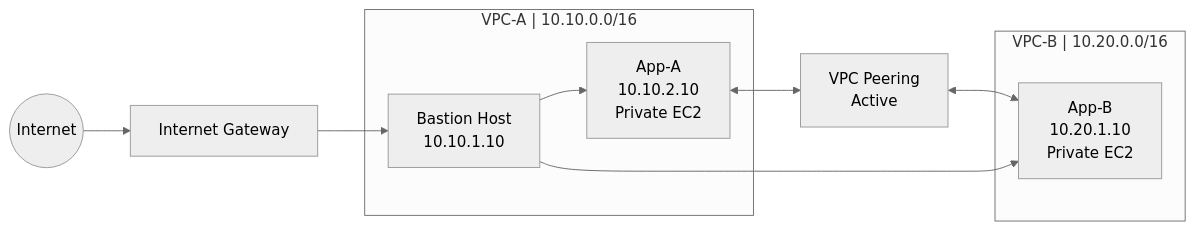
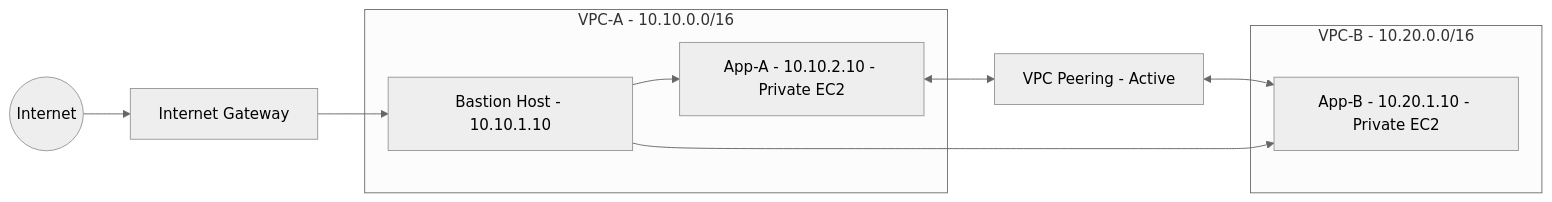
Before and after one commit to PiyushSingh005-AMM/aws-vpc-peering-project: the diagram in README.md, drawn with Mermaid (neutral theme). The commit also changed other lines of this file, not shown here.

First line of the commit message:
Update README documentation and architecture diagram

````diff
--- a/README.md
+++ b/README.md
@@ -14,19 +14,19 @@
 ```mermaid
 flowchart LR
     Internet((Internet)) --> IGW[Internet Gateway]
-    IGW --> Bastion["Bastion Host<br/>10.10.1.10"]
+    IGW --> Bastion["Bastion Host - 10.10.1.10"]
 
-    subgraph VPC_A["VPC-A | 10.10.0.0/16"]
+    subgraph VPC_A["VPC-A - 10.10.0.0/16"]
         Bastion
-        AppA["App-A<br/>10.10.2.10<br/>Private EC2"]
+        AppA["App-A - 10.10.2.10 - Private EC2"]
     end
 
-    subgraph VPC_B["VPC-B | 10.20.0.0/16"]
-        AppB["App-B<br/>10.20.1.10<br/>Private EC2"]
+    subgraph VPC_B["VPC-B - 10.20.0.0/16"]
+        AppB["App-B - 10.20.1.10 - Private EC2"]
     end
 
-    AppA <--> Peering["VPC Peering<br/>Active"]
+    AppA <--> Peering["VPC Peering - Active"]
     Peering <--> AppB
     Bastion --> AppA
     Bastion --> AppB
 ```
````
